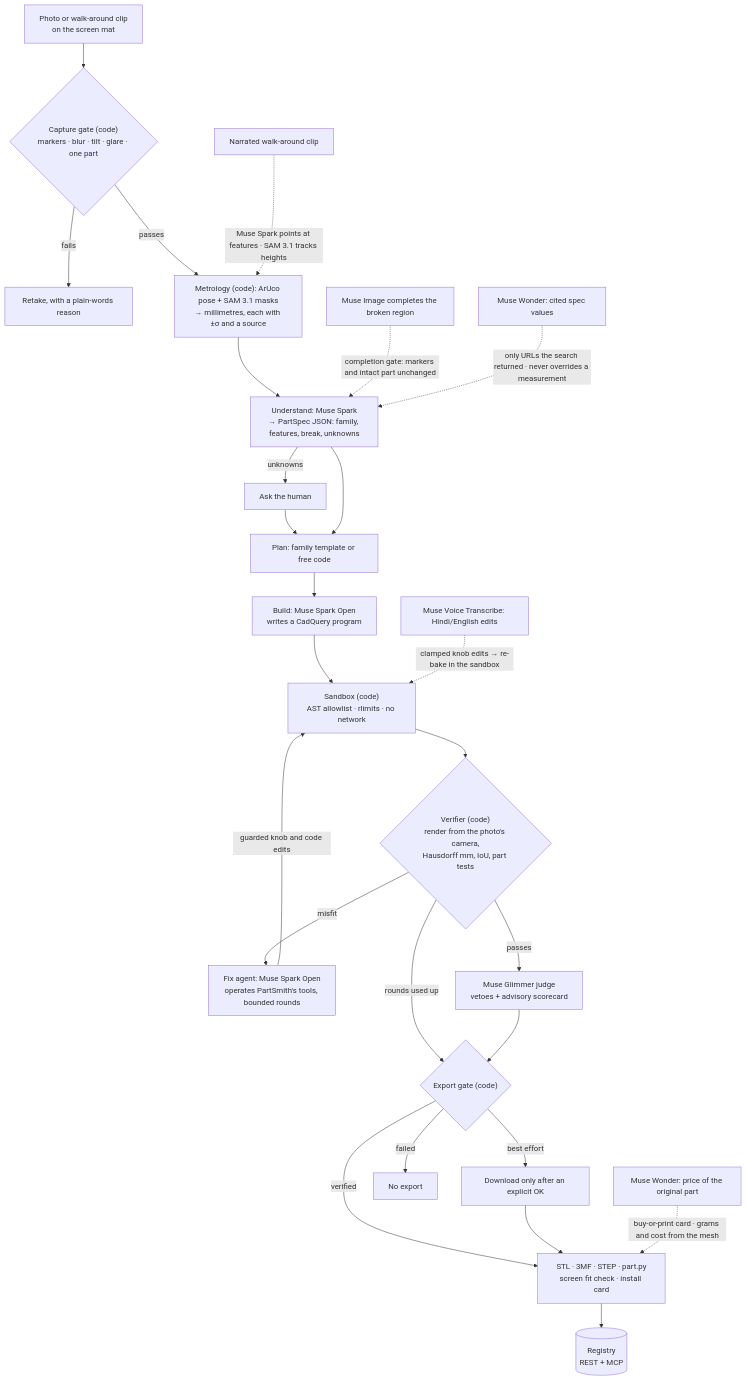
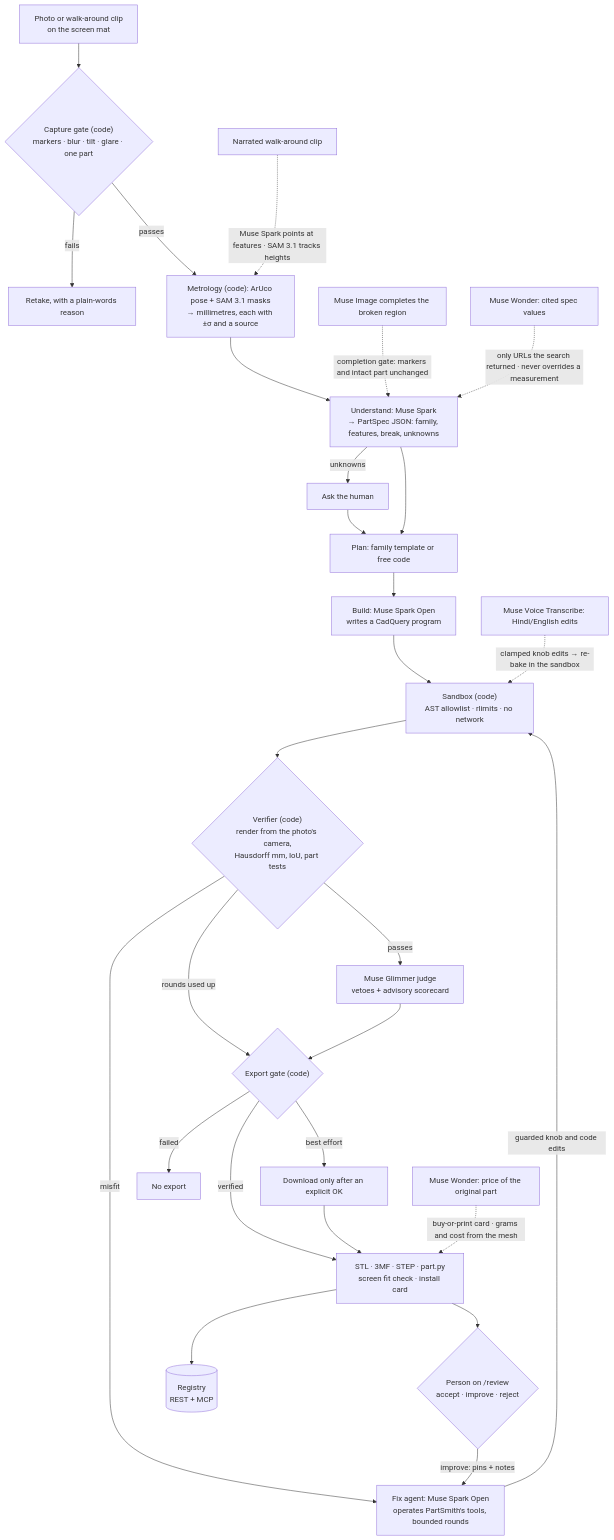
Before and after one commit to Prashant-thakur77/partsmith: the first of 2 diagrams in docs/ARCHITECTURE.md, drawn with Mermaid. The commit also changed 133 other files, not shown here.

````diff
--- a/docs/ARCHITECTURE.md
+++ b/docs/ARCHITECTURE.md
@@ -13,29 +13,31 @@
 ```mermaid
 flowchart TD
     photo["Photo or walk-around clip<br/>on the screen mat"] --> gate{"Capture gate (code)<br/>markers · blur · tilt · glare · one part"}
     gate -->|"fails"| retake["Retake, with a plain-words reason"]
     gate -->|"passes"| metro["Metrology (code): ArUco pose + SAM 3.1 masks<br/>→ millimetres, each with ±σ and a source"]
     metro --> understand["Understand: Muse Spark<br/>→ PartSpec JSON: family, features, break, unknowns"]
     understand -->|"unknowns"| ask["Ask the human"]
     ask --> plan
     understand --> plan["Plan: family template or free code"]
     plan --> build["Build: Muse Spark Open<br/>writes a CadQuery program"]
     build --> sandbox["Sandbox (code)<br/>AST allowlist · rlimits · no network"]
     sandbox --> verifier{"Verifier (code)<br/>render from the photo's camera,<br/>Hausdorff mm, IoU, part tests"}
     verifier -->|"misfit"| fix["Fix agent: Muse Spark Open<br/>operates PartSmith's tools, bounded rounds"]
     fix -->|"guarded knob and code edits"| sandbox
     verifier -->|"passes"| judge["Muse Glimmer judge<br/>vetoes + advisory scorecard"]
     verifier -->|"rounds used up"| exportgate
     judge --> exportgate{"Export gate (code)"}
+    out --> review{"Person on /review<br/>accept · improve · reject"}
+    review -->|"improve: pins + notes"| fix
     exportgate -->|"verified"| out["STL · 3MF · STEP · part.py<br/>screen fit check · install card"]
     exportgate -->|"best effort"| ack["Download only after an explicit OK"]
     exportgate -->|"failed"| noexport["No export"]
     ack --> out
     out --> registry[("Registry<br/>REST + MCP")]
 
     clip["Narrated walk-around clip"] -.->|"Muse Spark points at features · SAM 3.1 tracks heights"| metro
     image["Muse Image completes the broken region"] -.->|"completion gate: markers and intact part unchanged"| understand
     wonder["Muse Wonder: cited spec values"] -.->|"only URLs the search returned · never overrides a measurement"| understand
     buy["Muse Wonder: price of the original part"] -.->|"buy-or-print card · grams and cost from the mesh"| out
     voice["Muse Voice Transcribe: Hindi/English edits"] -.->|"clamped knob edits → re-bake in the sandbox"| sandbox
 ```
````
